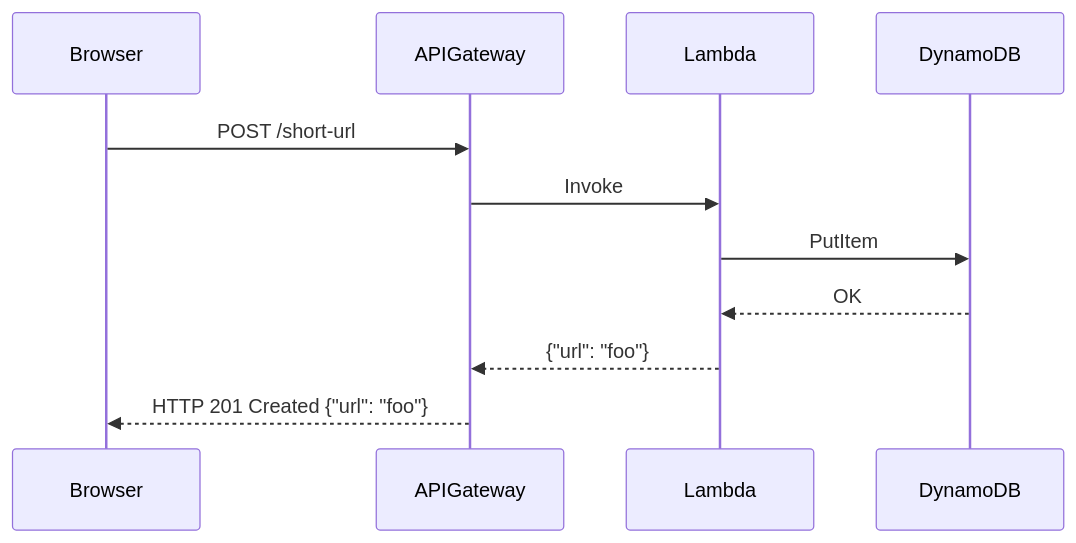
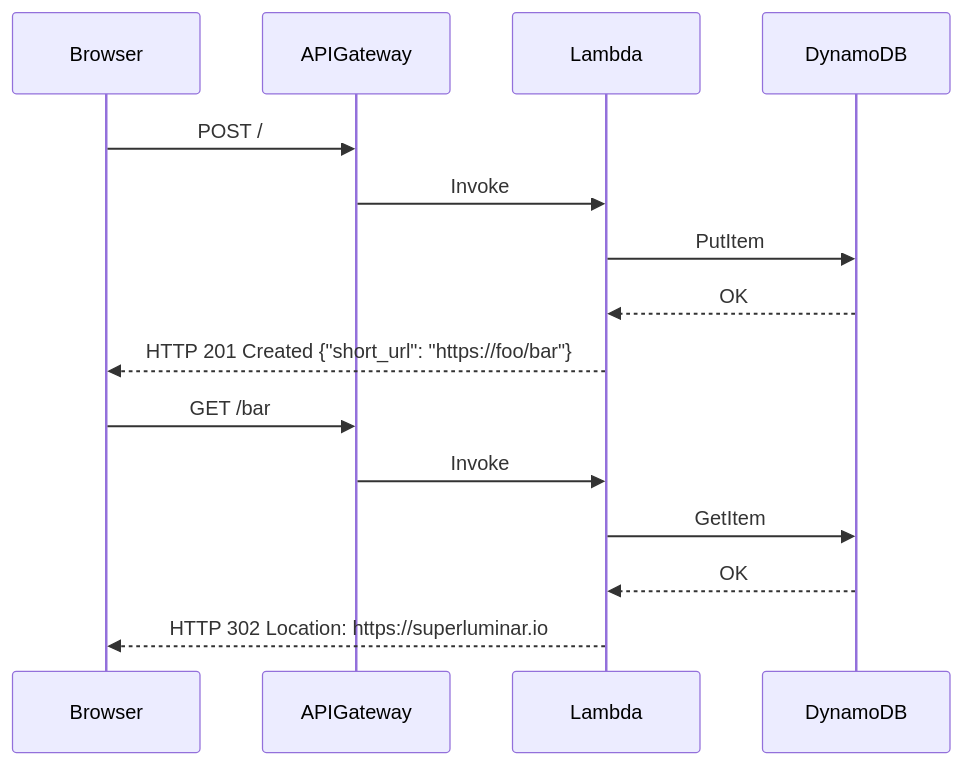
One commit to superluminar-io/cdk-java-workshop changed the diagram in docs/content/lab1/_index.md. Above: the diagram before and after it, drawn with Mermaid. The commit also changed other lines of this file, not shown here.

```diff
--- a/docs/content/lab1/_index.md
+++ b/docs/content/lab1/_index.md
@@ -44,13 +44,18 @@
 {{<mermaid>}}
 sequenceDiagram
     participant Browser
     participant APIGateway
     participant Lambda
     participant DynamoDB
-    Browser->>APIGateway: POST /short-url
+    Browser->>APIGateway: POST /
     APIGateway->>Lambda: Invoke
     Lambda->>DynamoDB: PutItem
     DynamoDB-->>Lambda: OK
-    Lambda-->>APIGateway: {"url": "foo"}
-    APIGateway-->>Browser: HTTP 201 Created {"url": "foo"}
+    Lambda-->>Browser: HTTP 201 Created {"short_url": "https://foo/bar"}
+
+    Browser->>APIGateway: GET /bar
+    APIGateway->>Lambda: Invoke
+    Lambda->>DynamoDB: GetItem
+    DynamoDB-->>Lambda: OK
+    Lambda-->>Browser: HTTP 302 Location: https://superluminar.io
 {{< /mermaid >}}
```
